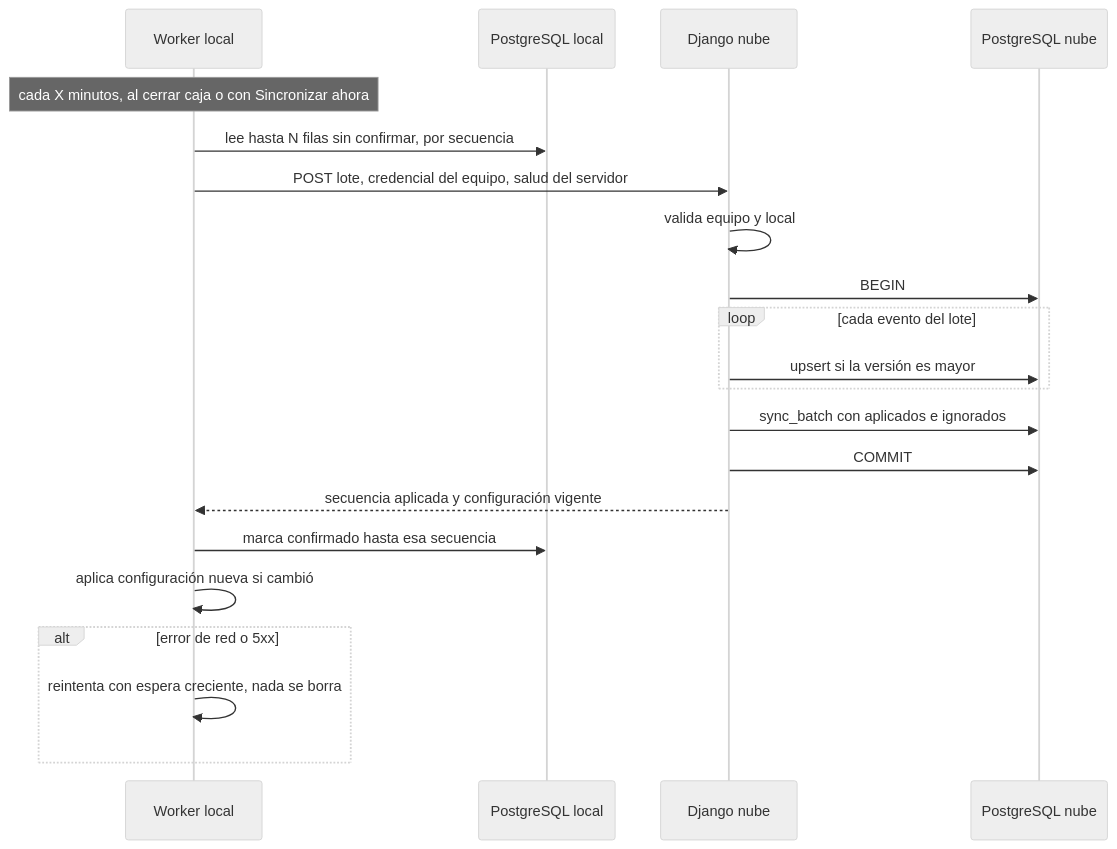
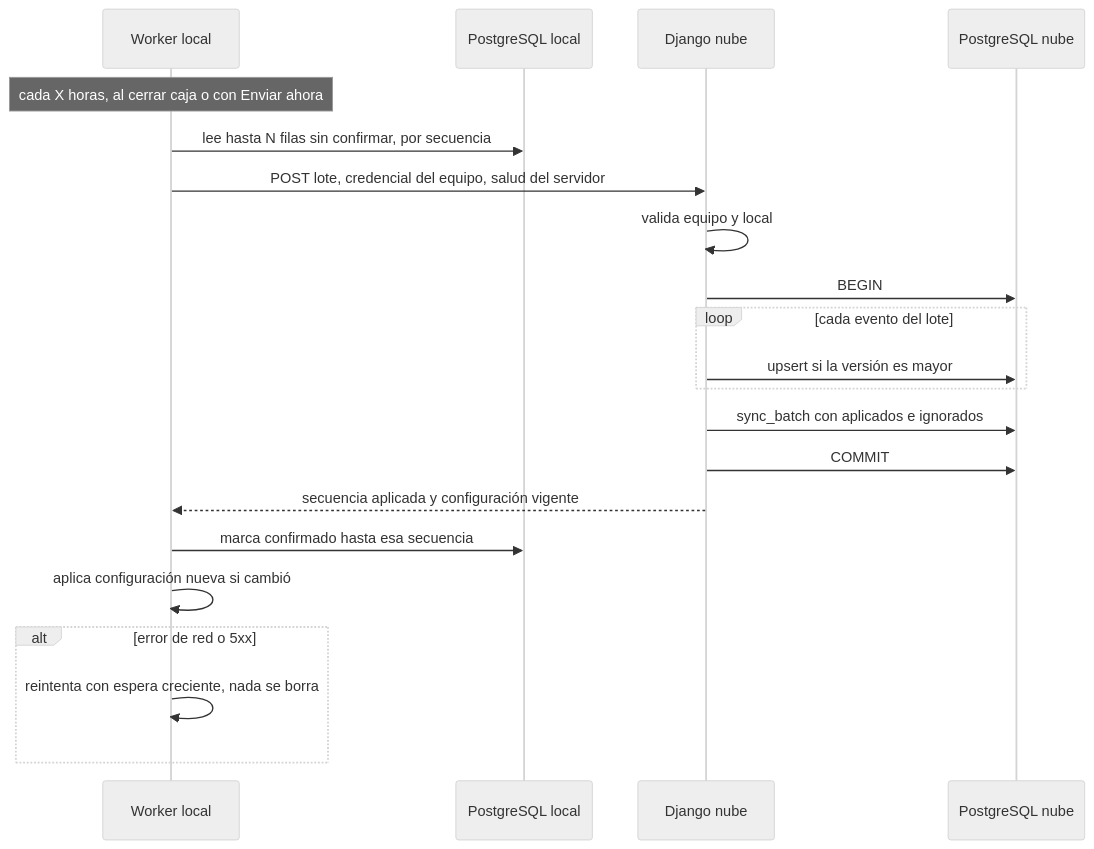
Before and after one commit to aleharo2003/floky: the fourth of 6 diagrams in docs/diagramas/05-secuencias-tecnicas.md, drawn with Mermaid (neutral theme). The commit also changed 45 other files, not shown here.

````diff
--- a/docs/diagramas/05-secuencias-tecnicas.md
+++ b/docs/diagramas/05-secuencias-tecnicas.md
@@ -127,23 +127,23 @@
 ```mermaid
 sequenceDiagram
     participant K as Worker local
     participant DB as PostgreSQL local
     participant API as Django nube
     participant PN as PostgreSQL nube
-    Note over K: cada X minutos, al cerrar caja o con Sincronizar ahora
+    Note over K: cada X horas, al cerrar caja o con Enviar ahora
     K->>DB: lee hasta N filas sin confirmar, por secuencia
     K->>API: POST lote, credencial del equipo, salud del servidor
     API->>API: valida equipo y local
     API->>PN: BEGIN
     loop cada evento del lote
         API->>PN: upsert si la versión es mayor
     end
     API->>PN: sync_batch con aplicados e ignorados
     API->>PN: COMMIT
     API-->>K: secuencia aplicada y configuración vigente
     K->>DB: marca confirmado hasta esa secuencia
     K->>K: aplica configuración nueva si cambió
     alt error de red o 5xx
         K->>K: reintenta con espera creciente, nada se borra
     end
 ```
````
